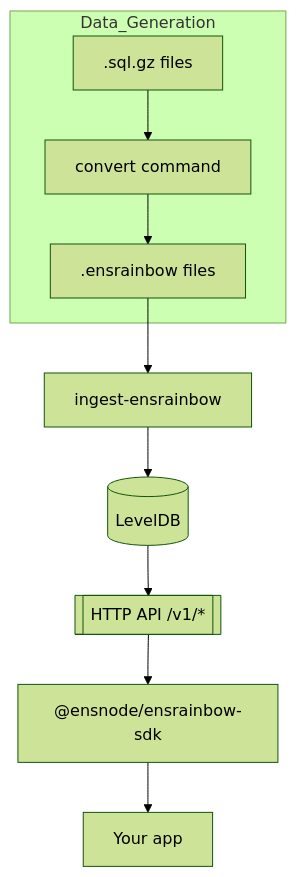
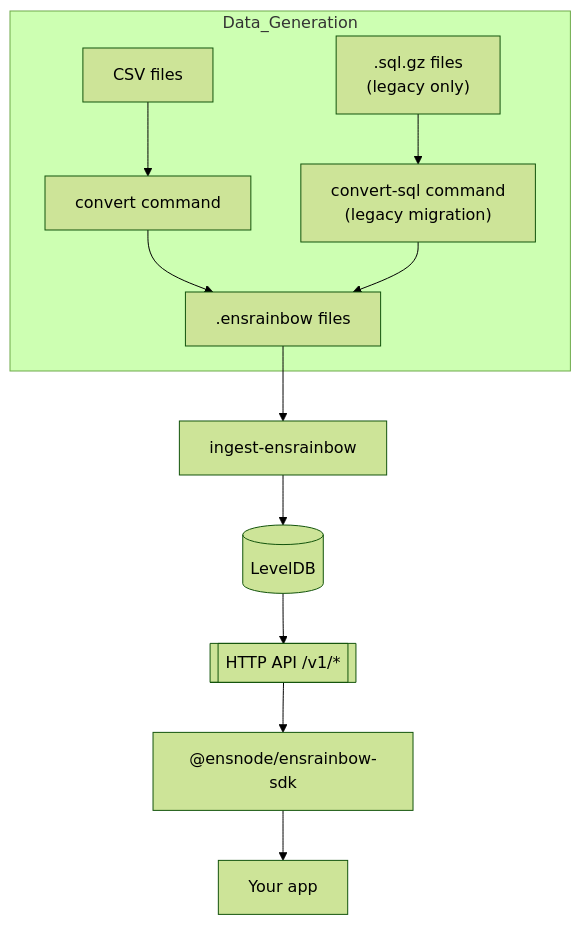
The diagram in docs/ensnode.io/src/content/docs/ensrainbow/concepts/architecture.mdx (namehash/ensnode), drawn with Mermaid (forest theme) before and after one commit. The commit also changed other lines of this file and 5 other files, not shown here.

````diff
--- a/docs/ensnode.io/src/content/docs/ensrainbow/concepts/architecture.mdx
+++ b/docs/ensnode.io/src/content/docs/ensrainbow/concepts/architecture.mdx
@@ -18,16 +18,19 @@
 ```mermaid
 flowchart TD
     subgraph Data_Generation
-        SQL[".sql.gz files"]
+        CSV["CSV files"]
+        SQL[".sql.gz files<br/>(legacy only)"]
         ENSRB[".ensrainbow files"]
-        SQL --> Convert["convert" command]
-        Convert --> ENSRB
+        CSV --> ConvertCSV["convert command"]
+        SQL --> ConvertSQL["convert-sql command<br/>(legacy migration)"]
+        ConvertCSV --> ENSRB
+        ConvertSQL --> ENSRB
     end
 
     ENSRB --> Ingest["ingest-ensrainbow"]
     Ingest --> DB[(LevelDB)]
 
     DB --> API[["HTTP API /v1/*"]]
     API --> SDK["@ensnode/ensrainbow-sdk"]
     SDK --> App["Your app"]
 ```
````
